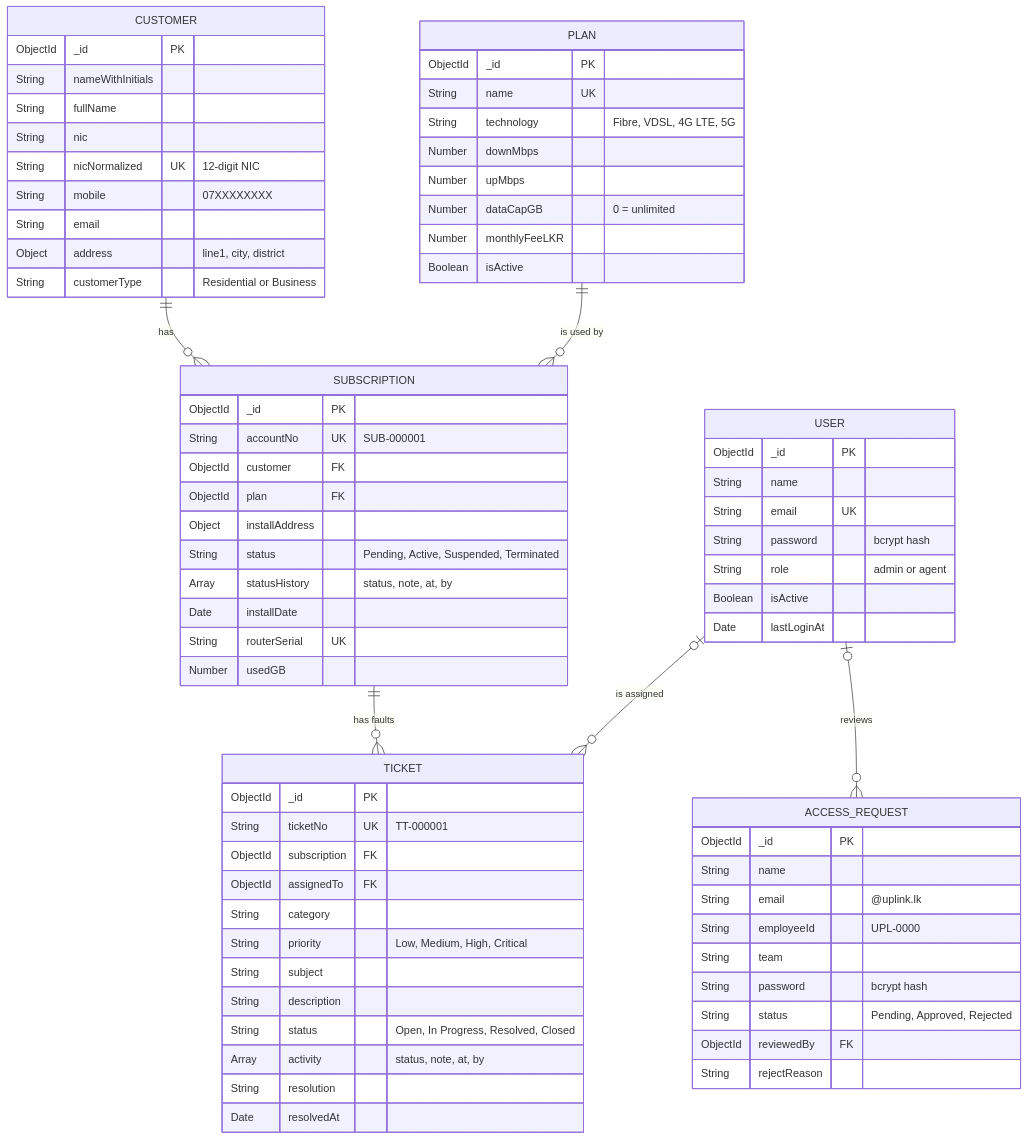
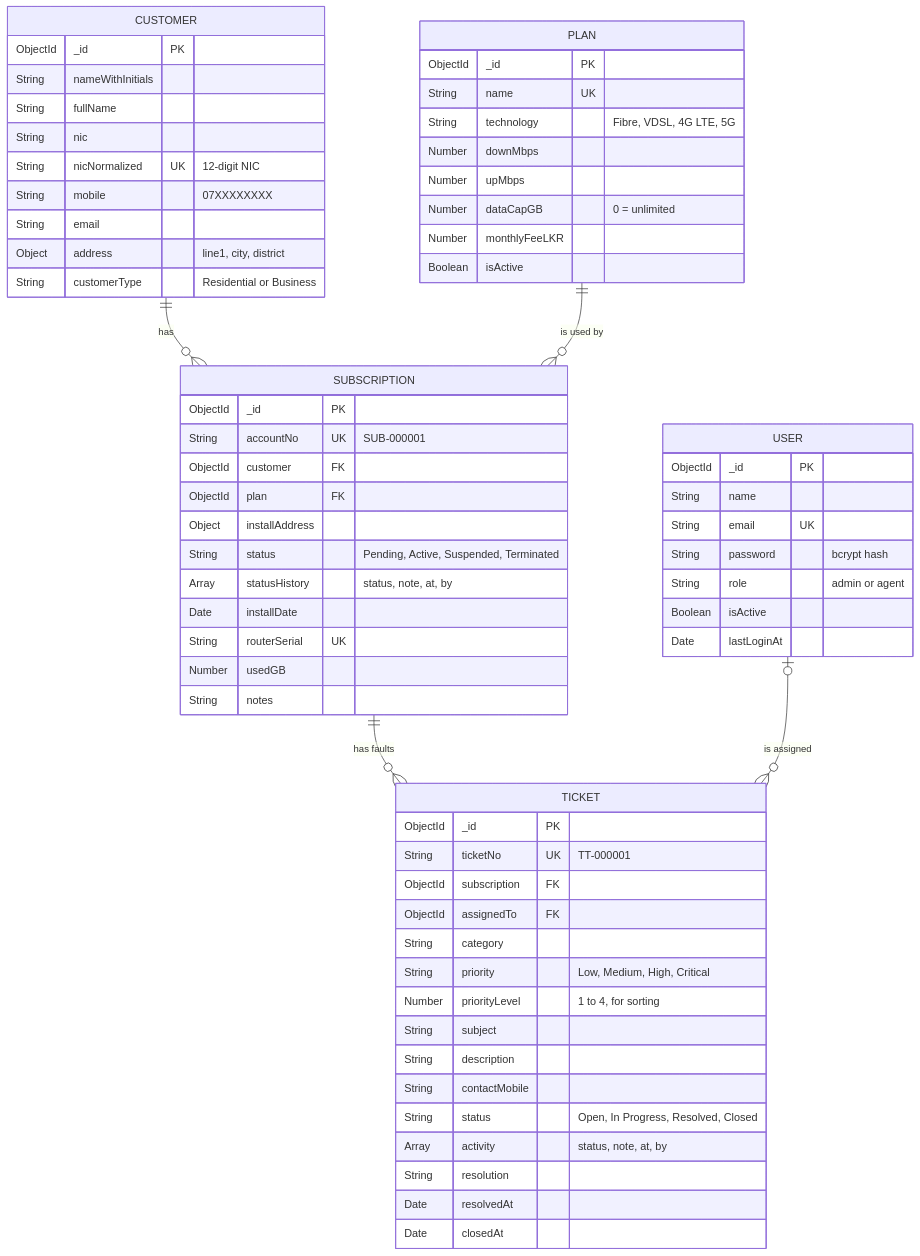
One commit to Isuri-Aroma/Uplink changed the diagram in README.md. Above: the diagram before and after it, drawn with Mermaid. The commit also changed other lines of this file and 10 other files, not shown here.

````diff
--- a/README.md
+++ b/README.md
@@ -155,76 +64,68 @@
 ```mermaid
 erDiagram
     CUSTOMER ||--o{ SUBSCRIPTION : "has"
     PLAN ||--o{ SUBSCRIPTION : "is used by"
     SUBSCRIPTION ||--o{ TICKET : "has faults"
     USER |o--o{ TICKET : "is assigned"
-    USER |o--o{ ACCESS_REQUEST : "reviews"
 
     USER {
         ObjectId _id PK
         String name
         String email UK
         String password "bcrypt hash"
         String role "admin or agent"
         Boolean isActive
         Date lastLoginAt
     }
     CUSTOMER {
         ObjectId _id PK
         String nameWithInitials
         String fullName
         String nic
         String nicNormalized UK "12-digit NIC"
         String mobile "07XXXXXXXX"
         String email
         Object address "line1, city, district"
         String customerType "Residential or Business"
     }
     PLAN {
         ObjectId _id PK
         String name UK
         String technology "Fibre, VDSL, 4G LTE, 5G"
         Number downMbps
         Number upMbps
         Number dataCapGB "0 = unlimited"
         Number monthlyFeeLKR
         Boolean isActive
     }
     SUBSCRIPTION {
         ObjectId _id PK
         String accountNo UK "SUB-000001"
         ObjectId customer FK
         ObjectId plan FK
         Object installAddress
         String status "Pending, Active, Suspended, Terminated"
         Array statusHistory "status, note, at, by"
         Date installDate
         String routerSerial UK
         Number usedGB
+        String notes
     }
     TICKET {
         ObjectId _id PK
         String ticketNo UK "TT-000001"
         ObjectId subscription FK
         ObjectId assignedTo FK
         String category
         String priority "Low, Medium, High, Critical"
+        Number priorityLevel "1 to 4, for sorting"
         String subject
         String description
+        String contactMobile
         String status "Open, In Progress, Resolved, Closed"
         Array activity "status, note, at, by"
         String resolution
         Date resolvedAt
-    }
-    ACCESS_REQUEST {
-        ObjectId _id PK
-        String name
-        String email "@uplink.lk"
-        String employeeId "UPL-0000"
-        String team
-        String password "bcrypt hash"
-        String status "Pending, Approved, Rejected"
-        ObjectId reviewedBy FK
-        String rejectReason
+        Date closedAt
     }
 ```
````
